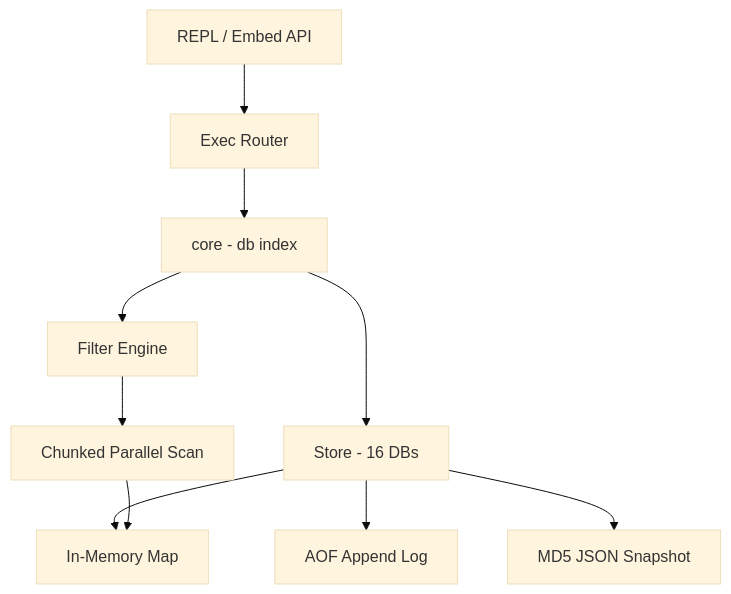
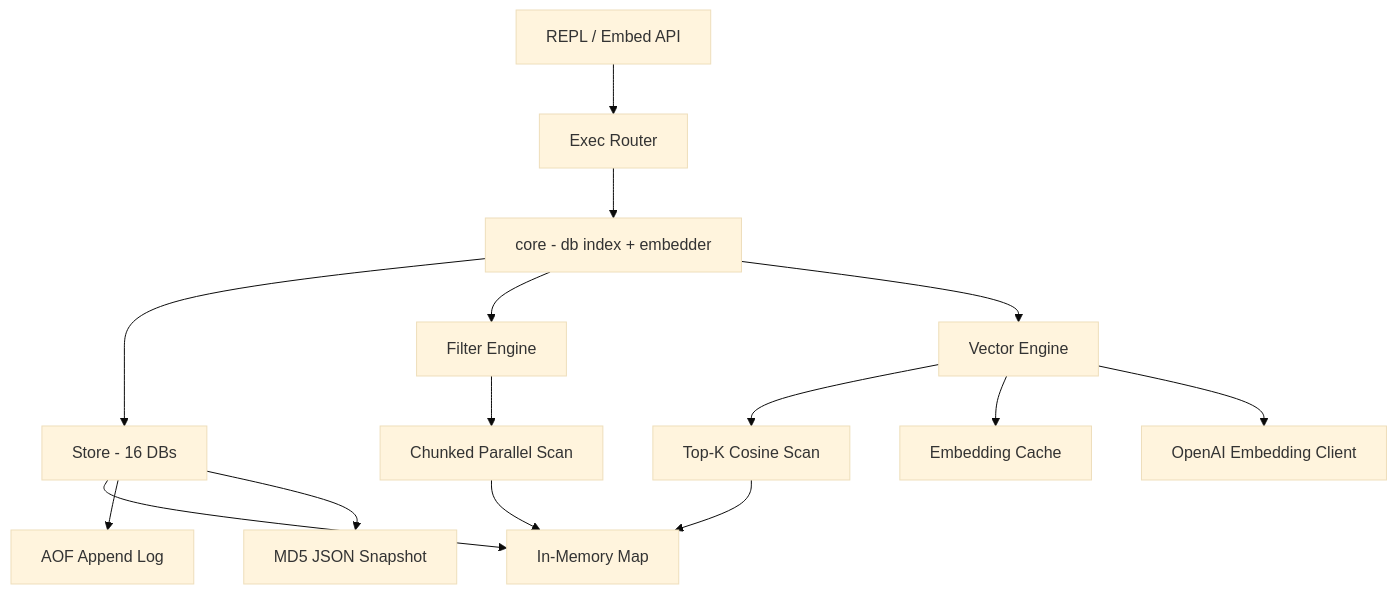
Before and after one commit to pardnchiu/ToriiDB: the diagram in README.md, drawn with Mermaid (base theme). The commit also changed other lines of this file and 5 other files, not shown here.

Commit message:
release: v0.5.0 Add semantic vector search backed by OpenAI embeddings.

````diff
--- a/README.md
+++ b/README.md
@@ -102,12 +122,17 @@
 ```mermaid
 graph TB
     Client[REPL / Embed API] --> Exec[Exec Router]
-    Exec --> Core[core - db index]
+    Exec --> Core[core - db index + embedder]
     Core --> Store[Store - 16 DBs]
     Core --> Filter[Filter Engine]
+    Core --> Vector[Vector Engine]
     Store --> Memory[In-Memory Map]
     Store --> AOF[AOF Append Log]
     Store --> Snapshot[MD5 JSON Snapshot]
     Filter --> Scan[Chunked Parallel Scan]
+    Vector --> TopK[Top-K Cosine Scan]
+    Vector --> EmbedCache[Embedding Cache]
+    Vector --> OpenAI[OpenAI Embedding Client]
     Scan --> Memory
+    TopK --> Memory
 ```
````
